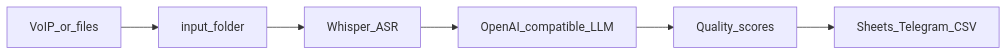
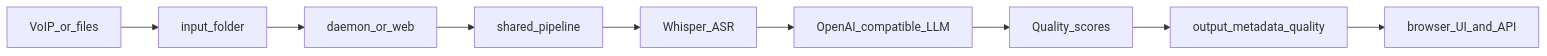
One commit to FUYOH666/Scanovich.ai-audio-call changed the diagram in README.md. Above: the diagram before and after it, drawn with Mermaid. The commit also changed other lines of this file and 49 other files, not shown here.

````diff
--- a/README.md
+++ b/README.md
@@ -11,8 +12,11 @@
 ```mermaid
 flowchart LR
   voip[VoIP_or_files] --> input[input_folder]
-  input --> asr[Whisper_ASR]
+  input --> daemon[daemon_or_web]
+  daemon --> pipeline[shared_pipeline]
+  pipeline --> asr[Whisper_ASR]
   asr --> llm[OpenAI_compatible_LLM]
   llm --> qa[Quality_scores]
-  qa --> out[Sheets_Telegram_CSV]
+  qa --> artifacts[output_metadata_quality]
+  artifacts --> ui[browser_UI_and_API]
 ```
````
